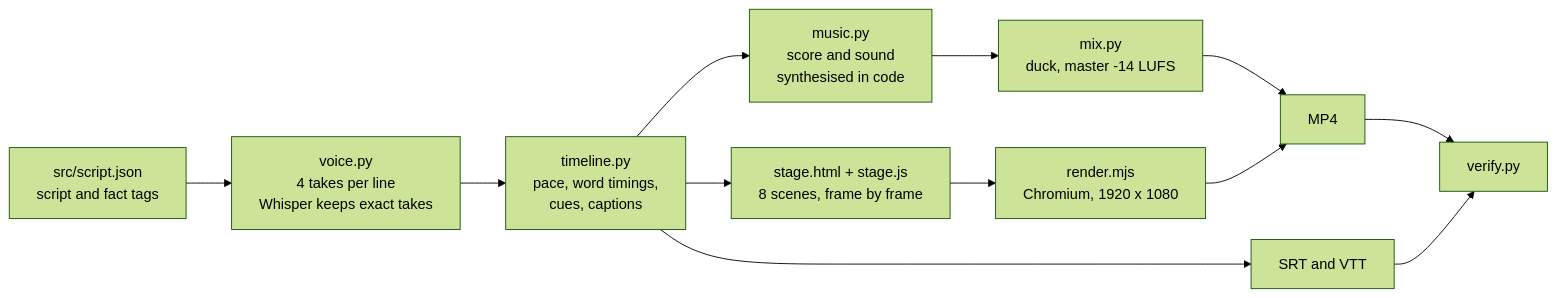
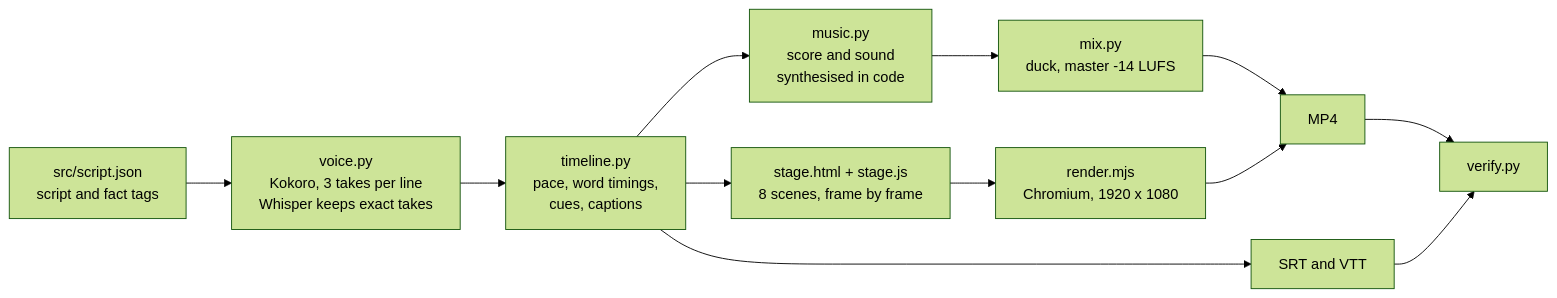
One commit to lucianthenone/redbelly-in-simple-terms changed the diagram in README.md. Above: the diagram before and after it, drawn with Mermaid (forest theme). The commit also changed other lines of this file and 27 other files, not shown here.

First line of the commit message:
Re-voice the narration with Kokoro Bella

````diff
--- a/README.md
+++ b/README.md
@@ -116,14 +116,14 @@
 ```mermaid
 flowchart LR
-  A[src/script.json<br/>script and fact tags] --> B[voice.py<br/>4 takes per line<br/>Whisper keeps exact takes]
+  A[src/script.json<br/>script and fact tags] --> B[voice.py<br/>Kokoro, 3 takes per line<br/>Whisper keeps exact takes]
   B --> C[timeline.py<br/>pace, word timings,<br/>cues, captions]
   C --> D[music.py<br/>score and sound<br/>synthesised in code]
   C --> E[stage.html + stage.js<br/>8 scenes, frame by frame]
   D --> F[mix.py<br/>duck, master -14 LUFS]
   E --> G[render.mjs<br/>Chromium, 1920 x 1080]
   F --> H[MP4]
   G --> H
   C --> I[SRT and VTT]
   H --> J[verify.py]
   I --> J
 ```
````
